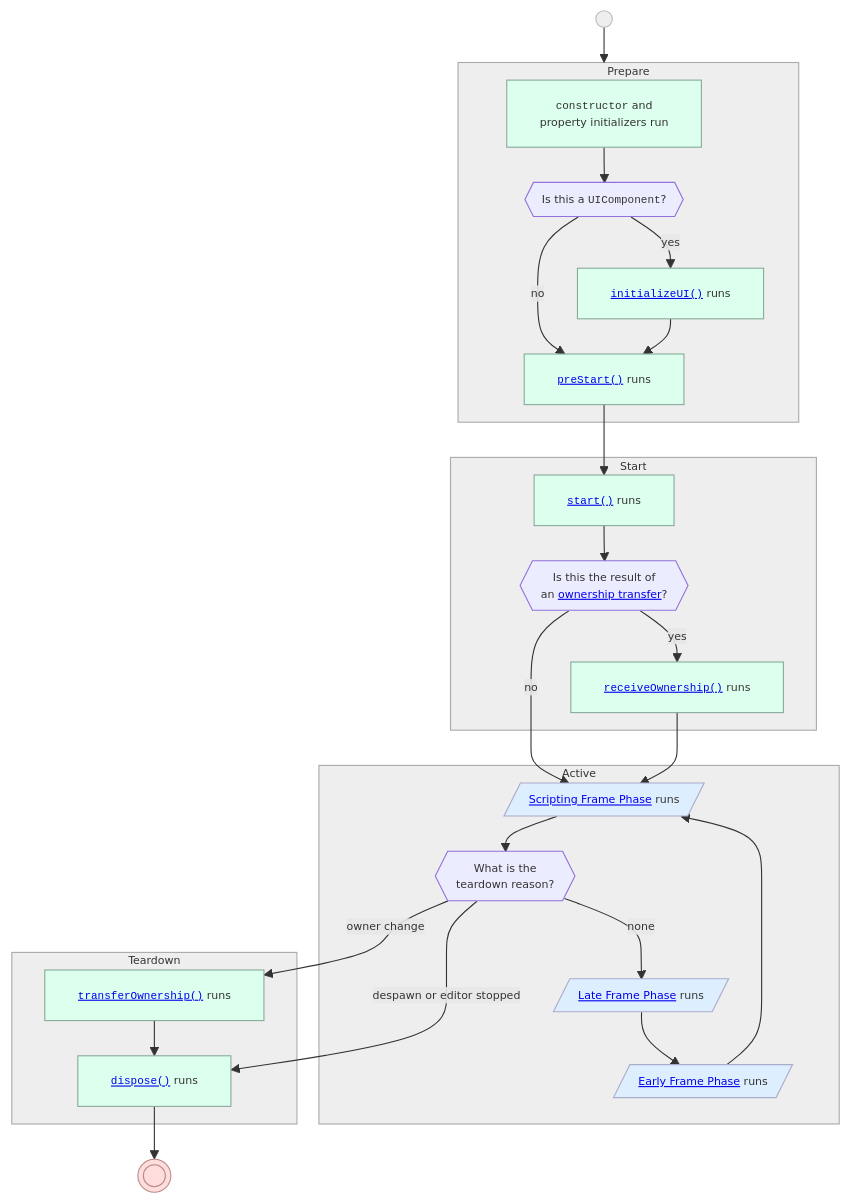
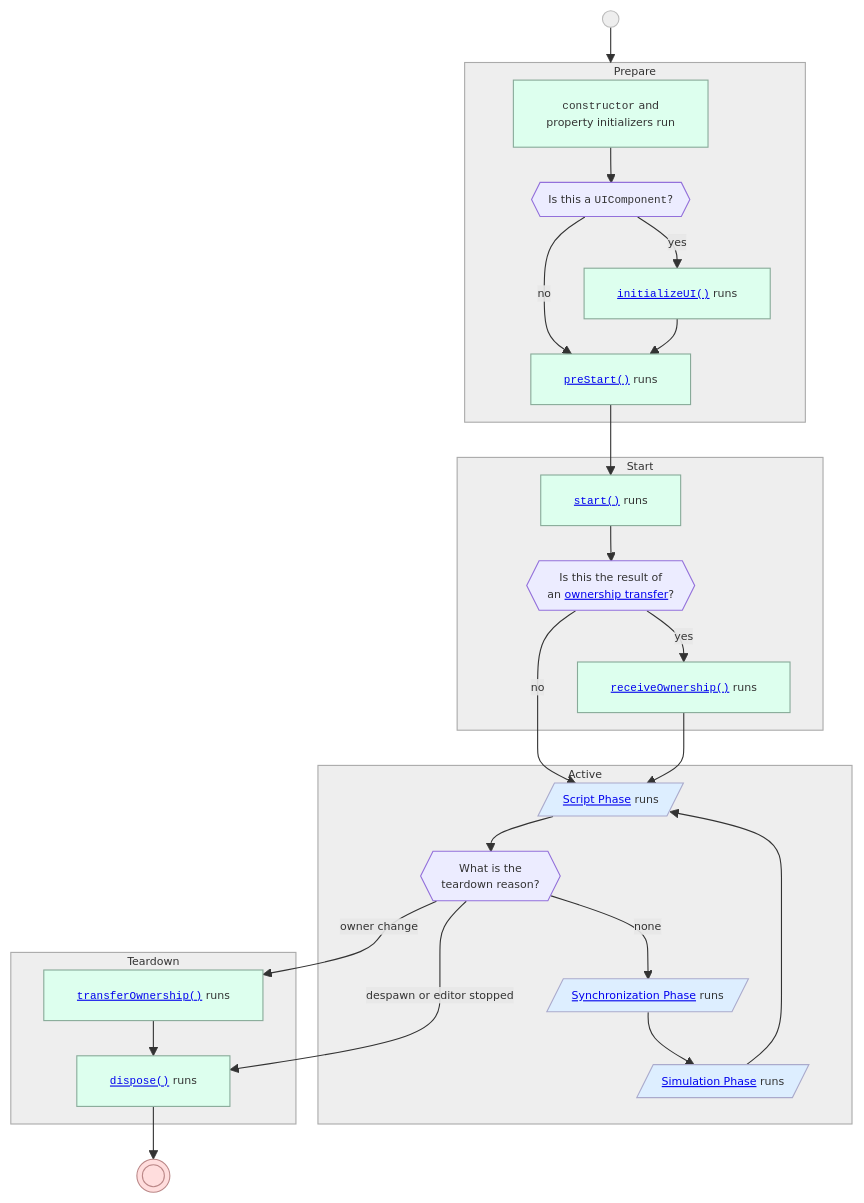
The sixth of 13 diagrams in HorizonTechnicalDoc.md (MHCPCreators/horizonCreatorManual), drawn with Mermaid before and after one commit. The commit also changed other lines of this file, not shown here.

````diff
--- a/HorizonTechnicalDoc.md
+++ b/HorizonTechnicalDoc.md
@@ -2913,73 +2917,73 @@
 ```mermaid {align="center"}
 %%{init: {'themeVariables': {'fontSize': '10px'}, 'flowchart': {'nodeSpacing': '40', 'rankSpacing': '32'}}}%%
 flowchart TB
     subgraph Prepare
         New
         InitializeUI
         PreStart
 
         New --> IsUI{{Is this a <code style="background-color:#0000">UIComponent</code>?}}
         IsUI --"yes"--> InitializeUI
         IsUI --"no"--> PreStart
         InitializeUI --> PreStart
     end
 
     subgraph StartBlock [Start]
         Start
         ReceiveOwnership
 
         Start --> IsNewClient{{Is this the result of<br/>an <a href="#ownership-transfer">ownership transfer</a>?}}
         IsNewClient --"yes"--> ReceiveOwnership
     end
 
     subgraph Active
-        ScriptingPhase@{shape: lean-r, label: <a href="#scripting-frame-phase">Scripting Frame Phase</a> runs}
-        EarlyPhase@{shape: lean-r, label: <a href="#early-frame-phase">Early Frame Phase</a> runs}
-        LatePhase@{shape: lean-r, label: <a href="#late-frame-phase">Late Frame Phase</a> runs}
+        ScriptingPhase@{shape: lean-r, label: <a href="#script-phase">Script Phase</a> runs}
+        EarlyPhase@{shape: lean-r, label: <a href="#simulation-phase">Simulation Phase</a> runs}
+        LatePhase@{shape: lean-r, label: <a href="#synchronization-phase">Synchronization Phase</a> runs}
 
         EarlyPhase --> ScriptingPhase --> TeardownReason{{What is the<br/>teardown reason?}}
         TeardownReason --"none"--> LatePhase --> EarlyPhase
     end
 
     subgraph Teardown
         TransferOwnership --> Dispose@{ label: <a href="#component-lifecycle" style="font-family:monospace">dispose()</a> runs }
     end
 
     New@{ label: <code style="background-color:#0000">constructor</code> and<br/>property initializers run }
     InitializeUI@{ label: <a href="#uicomponent-class" style="font-family:monospace">initializeUI()</a> runs }
     PreStart@{ label: <a href="#component-lifecycle" style="font-family:monospace">preStart()</a> runs }
     Start@{ label: <a href="#component-lifecycle" style="font-family:monospace">start()</a> runs }
     ReceiveOwnership@{ label: <a href="#transferring-data-across-owners" style="font-family:monospace">receiveOwnership()</a> runs }
     TransferOwnership@{ label: <a href="#transferring-data-across-owners" style="font-family:monospace">transferOwnership()</a> runs }
 
 
     StartBlock@{ label: "Start" }
 
 Birth@{shape: circ, label: " "} --> Prepare
 PreStart --> Start
 IsNewClient --"no"--> ScriptingPhase
 ReceiveOwnership --> ScriptingPhase
 TeardownReason --"owner change"--> TransferOwnership
 TeardownReason --"despawn or editor stopped" --> Dispose
 Dispose --> Death@{shape: dbl-circ, label: " "}
 
 style Birth fill:#eee,stroke:#bbb
 style Death fill:#fdd,stroke:#b88
 
 style New fill:#dfe,stroke:#8a9
 style InitializeUI fill:#dfe,stroke:#8a9
 style PreStart fill:#dfe,stroke:#8a9
 style Start fill:#dfe,stroke:#8a9
 style ReceiveOwnership fill:#dfe,stroke:#8a9
 style TransferOwnership fill:#dfe,stroke:#8a9
 style Dispose fill:#dfe,stroke:#8a9
 
 style Prepare fill:#eee,stroke:#aaa
 style StartBlock fill:#eee,stroke:#aaa
 style Active fill:#eee,stroke:#aaa
 style Teardown fill:#eee,stroke:#aaa
 
 style ScriptingPhase fill:#def,stroke:#aac
 style LatePhase fill:#def,stroke:#aac
 style EarlyPhase fill:#def,stroke:#aac
 ```
````
